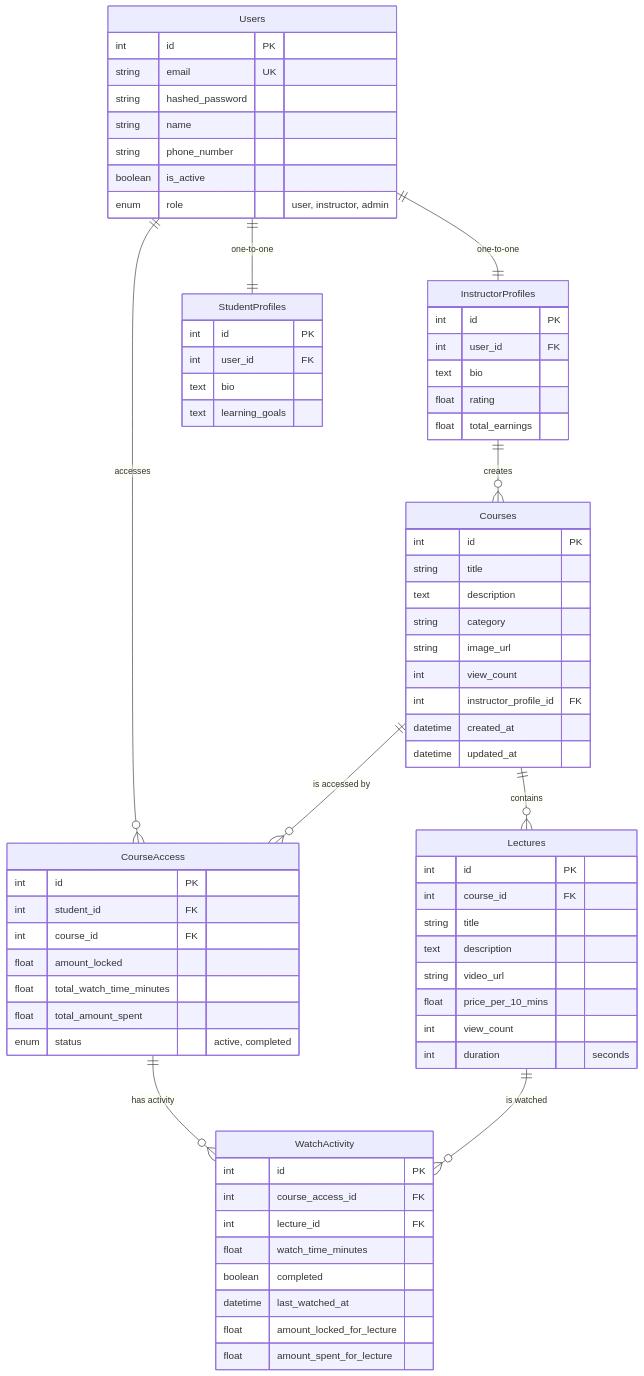
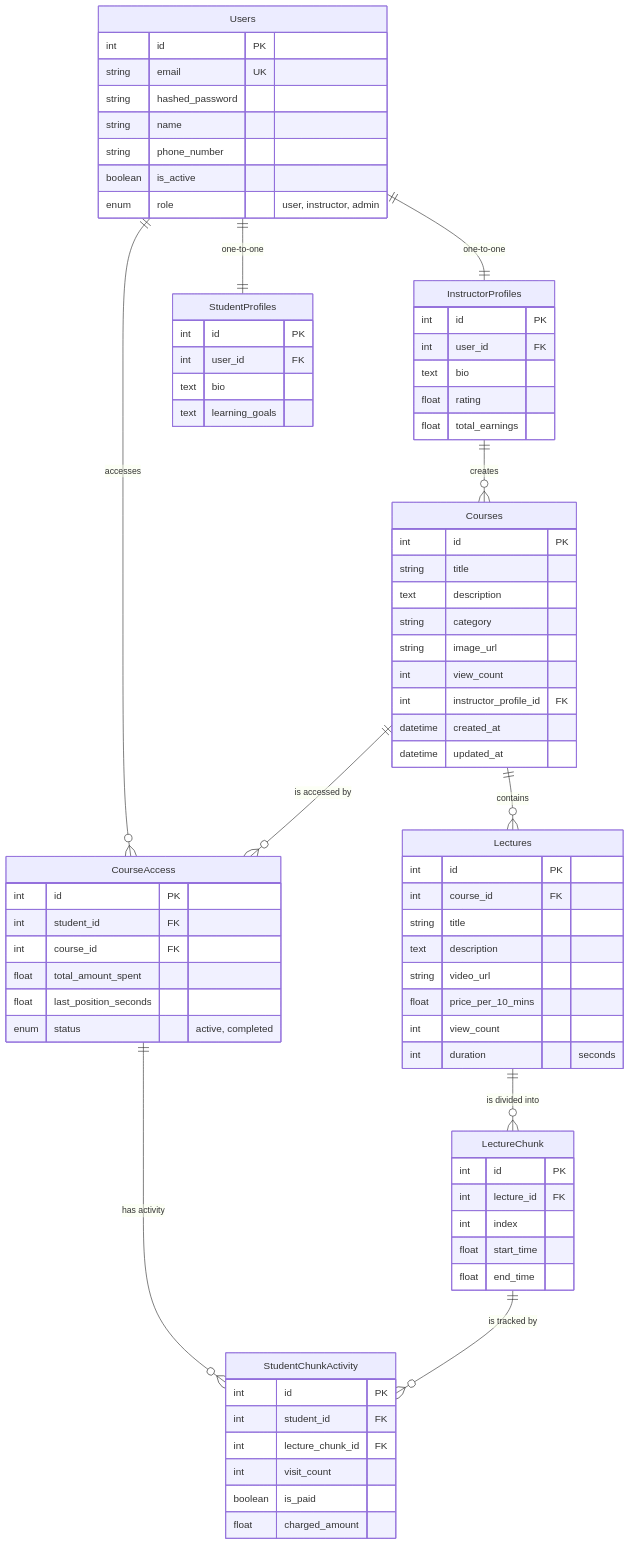
Before and after one commit to Jotunn9025/Tsec-Hacks: the diagram in Backend/schema.md, drawn with Mermaid. The commit also changed other lines of this file and 27 other files, not shown here.

````diff
--- a/Backend/schema.md
+++ b/Backend/schema.md
@@ -12,8 +12,9 @@
     Courses ||--o{ Lectures : "contains"
     Users ||--o{ CourseAccess : "accesses"
     Courses ||--o{ CourseAccess : "is accessed by"
-    CourseAccess ||--o{ WatchActivity : "has activity"
-    Lectures ||--o{ WatchActivity : "is watched"
+    CourseAccess ||--o{ StudentChunkActivity : "has activity"
+    Lectures ||--o{ LectureChunk : "is divided into"
+    LectureChunk ||--o{ StudentChunkActivity : "is tracked by"
 
     Users {
         int id PK
@@ -67,20 +68,25 @@
         int id PK
         int student_id FK
         int course_id FK
-        float amount_locked
-        float total_watch_time_minutes
         float total_amount_spent
+        float last_position_seconds
         enum status "active, completed"
     }
 
-    WatchActivity {
+    LectureChunk {
         int id PK
-        int course_access_id FK
         int lecture_id FK
-        float watch_time_minutes
-        boolean completed
-        datetime last_watched_at
-        float amount_locked_for_lecture
-        float amount_spent_for_lecture
+        int index
+        float start_time
+        float end_time
+    }
+
+    StudentChunkActivity {
+        int id PK
+        int student_id FK
+        int lecture_chunk_id FK
+        int visit_count
+        boolean is_paid
+        float charged_amount
     }
 ```
````
